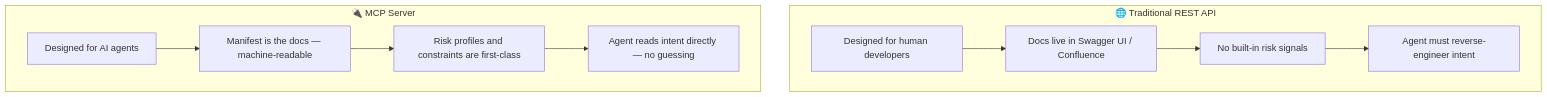
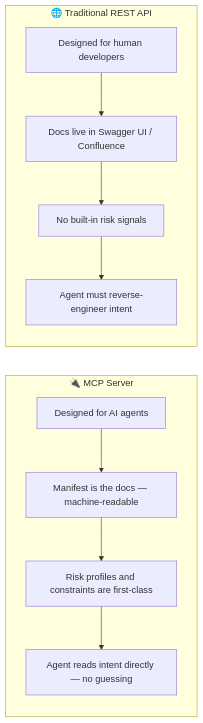
Before and after one commit to romangurevitch/GoTraining: the seventh of 7 diagrams in internal/fundamentals/the-agentic-future/02-model-context-protocol.md, drawn with Mermaid. The commit also changed other lines of this file and 20 other files, not shown here.

````diff
--- a/internal/fundamentals/the-agentic-future/02-model-context-protocol.md
+++ b/internal/fundamentals/the-agentic-future/02-model-context-protocol.md
@@ -190,18 +212,22 @@
 ```mermaid
-graph TB
+graph TD
     subgraph REST["🌐 Traditional REST API"]
+        direction TB
         RA["Designed for human developers"]
         RB["Docs live in Swagger UI / Confluence"]
         RC["No built-in risk signals"]
         RD["Agent must reverse-engineer intent"]
         RA --> RB --> RC --> RD
     end
 
-    subgraph MCP["🔌 MCP Server"]
+    REST ~~~ MCP_sub
+
+    subgraph MCP_sub["🔌 MCP Server"]
+        direction TB
         MA["Designed for AI agents"]
         MB["Manifest is the docs — machine-readable"]
         MC["Risk profiles and constraints are first-class"]
         MD["Agent reads intent directly — no guessing"]
         MA --> MB --> MC --> MD
     end
 ```
````
